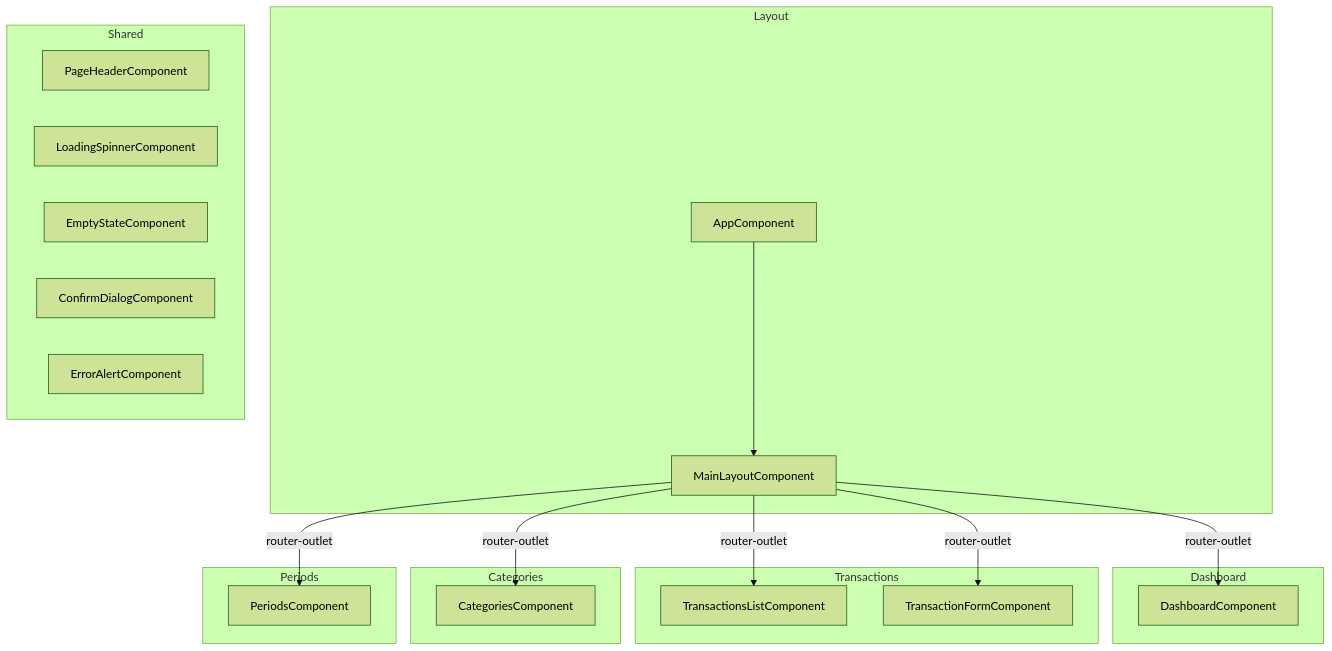
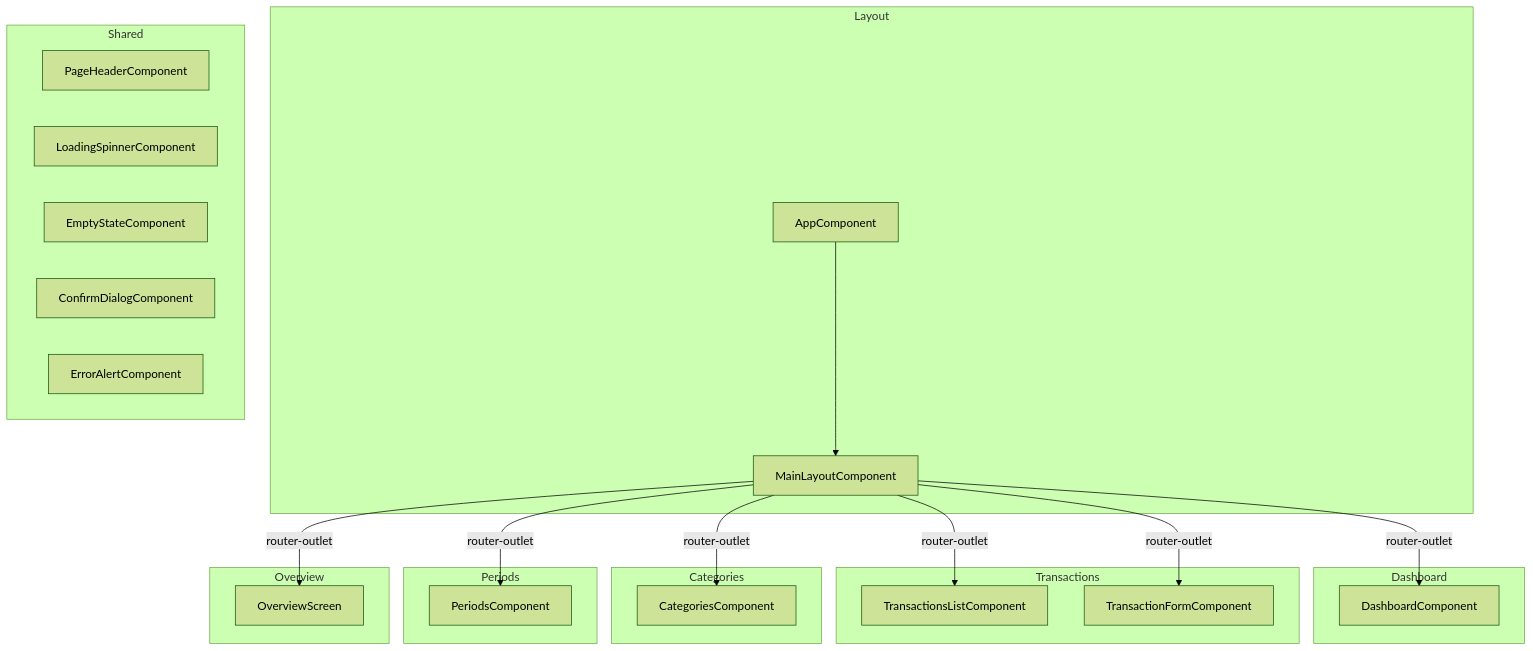
Before and after one commit to Chamoouske/finance-tracker: the fourth of 5 diagrams in docs/ARCHITECTURE.md, drawn with Mermaid (forest theme). The commit also changed other lines of this file and 20 other files, not shown here.

````diff
--- a/docs/ARCHITECTURE.md
+++ b/docs/ARCHITECTURE.md
@@ -571,39 +668,44 @@
 ```mermaid
 flowchart TD
     subgraph Layout
         A[AppComponent]
         ML[MainLayoutComponent]
     end
     
     subgraph Shared
         PH[PageHeaderComponent]
         LS[LoadingSpinnerComponent]
         ES[EmptyStateComponent]
         CD[ConfirmDialogComponent]
         EA[ErrorAlertComponent]
     end
     
     subgraph Dashboard
         D[DashboardComponent]
     end
     
     subgraph Transactions
         TC[TransactionsListComponent]
         TF[TransactionFormComponent]
     end
     
     subgraph Categories
         CC[CategoriesComponent]
     end
     
     subgraph Periods
         PC[PeriodsComponent]
     end
     
+    subgraph Overview
+        OS[OverviewScreen]
+    end
+    
     A --> ML
     ML --> |router-outlet| D
     ML --> |router-outlet| TC
     ML --> |router-outlet| TF
     ML --> |router-outlet| CC
     ML --> |router-outlet| PC
+    ML --> |router-outlet| OS
 ```
````
